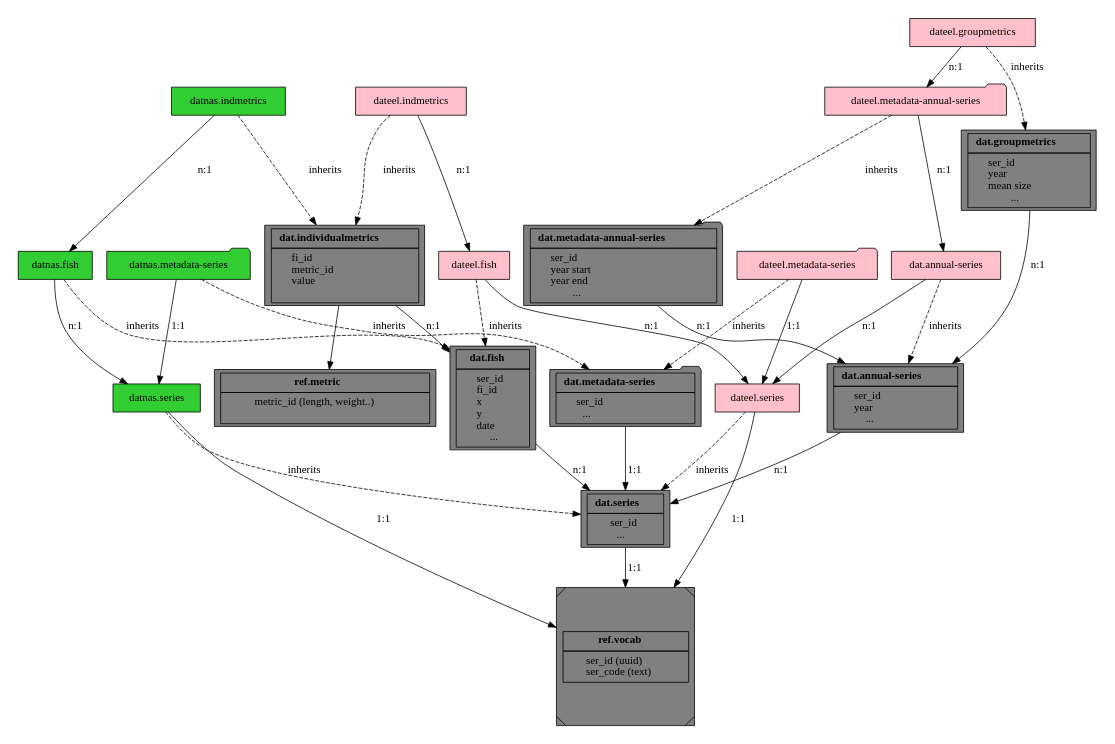
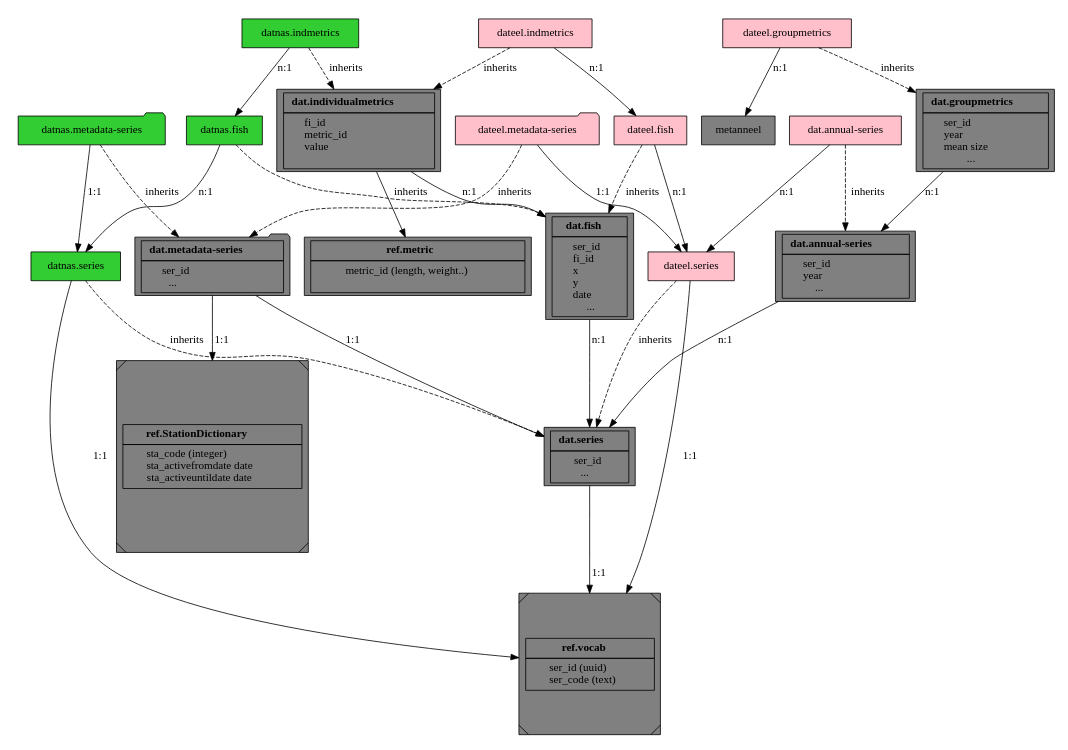
One commit to DIASPARAproject/WP3_migdb changed the diagram in R/metricdb.qmd. Above: the diagram before and after it, drawn with Graphviz.

Commit message:
dev : remove metatadata annual

```diff
--- a/R/metricdb.qmd
+++ b/R/metricdb.qmd
@@ -76,6 +76,15 @@
        <tr> <td align="left">
         ser_id (uuid) <br align="left"/>
         ser_code (text)  </td> </tr> 
+       </table>> 
+       shape = Msquare];
+    stationDictionary [fillcolor="gray"
+       label=<<table border="0" cellborder="1" cellspacing="0" cellpadding="4">
+       <tr> <td> <b>ref.StationDictionary</b> </td> </tr>
+       <tr> <td align="left">
+        sta_code (integer)  <br align="left"/>
+        sta_activefromdate date <br align="left"/>
+        sta_activeuntildate date </td> </tr> 
        </table>> 
        shape = Msquare];
     ts [fillcolor="gray"
@@ -94,7 +103,6 @@
        ...     </td> </tr> 
        </table>> 
        shape = folder];
-
    ann [fillcolor="gray"
        label=<<table border="0" cellborder="1" cellspacing="0" cellpadding="4">
        <tr> <td> <b>dat.annual-series</b> </td> </tr>
@@ -103,17 +111,7 @@
        year  <br align="left"/>  
        ...   </td> </tr> 
        </table>> 
-       shape = record];   
-   metann [fillcolor="gray"
-       label=<<table border="0" cellborder="1" cellspacing="0" cellpadding="4">
-       <tr> <td> <b>dat.metadata-annual-series</b> </td> </tr>
-       <tr> <td align="left">
-       ser_id  <br align="left"/>
-       year start <br align="left"/>
-       year end  <br align="left"/>
-       ... </td> </tr> 
-       </table>> 
-       shape = folder];   
+       shape = record];    
    groupmetrics [fillcolor="gray"
        label=<<table border="0" cellborder="1" cellspacing="0" cellpadding="4">
        <tr> <td> <b>dat.groupmetrics</b> </td> </tr>
@@ -162,9 +160,6 @@
    anneel [fillcolor="pink"
        label="dat.annual-series"
        shape = record]; 
-   metanneel [fillcolor="pink"
-       label= "dateel.metadata-annual-series"     
-       shape = folder]; 
    groupmetricseel [fillcolor="pink"
        label="dateel.groupmetrics"
        shape = record];  
@@ -188,13 +183,12 @@
        shape = record]; 
 
   metts  -> ts -> vocab [label = "1:1"]
+  metts -> stationDictionary  [label = "1:1"]
   groupmetrics -> ann -> ts [label = "n:1"]
-  metann -> ann [label = "n:1"]
   indmetrics -> fish -> ts [label = "n:1"]
   indmetrics -> metrics
 
   groupmetricseel -> metanneel [label = "n:1"]
-  metanneel -> anneel [label = "n:1"]
   anneel -> tseel [label = "n:1"]
   mettseel -> tseel ->  vocab [label = "1:1"]
   indmetricseel -> fisheel -> tseel  [label = "n:1"]
@@ -209,9 +203,8 @@
   fisheel -> fish [label="inherits", style="dashed"]
   fishnas -> fish [label="inherits", style="dashed"] 
   anneel -> ann [ label="inherits", style="dashed"]
-  metanneel -> metann [label="inherits", style="dashed"]
   tseel -> ts [ label="inherits", style="dashed"]
-  tsnas -> ts [ label="inherits", style="dashed"]
+  tsnas -> ts [ label="inherits", style="dashed", labelOverlay="15%"]
   mettseel -> metts [label="inherits", style="dashed"]
   mettsnas -> metts [ label="inherits", style="dashed"]
 
```
